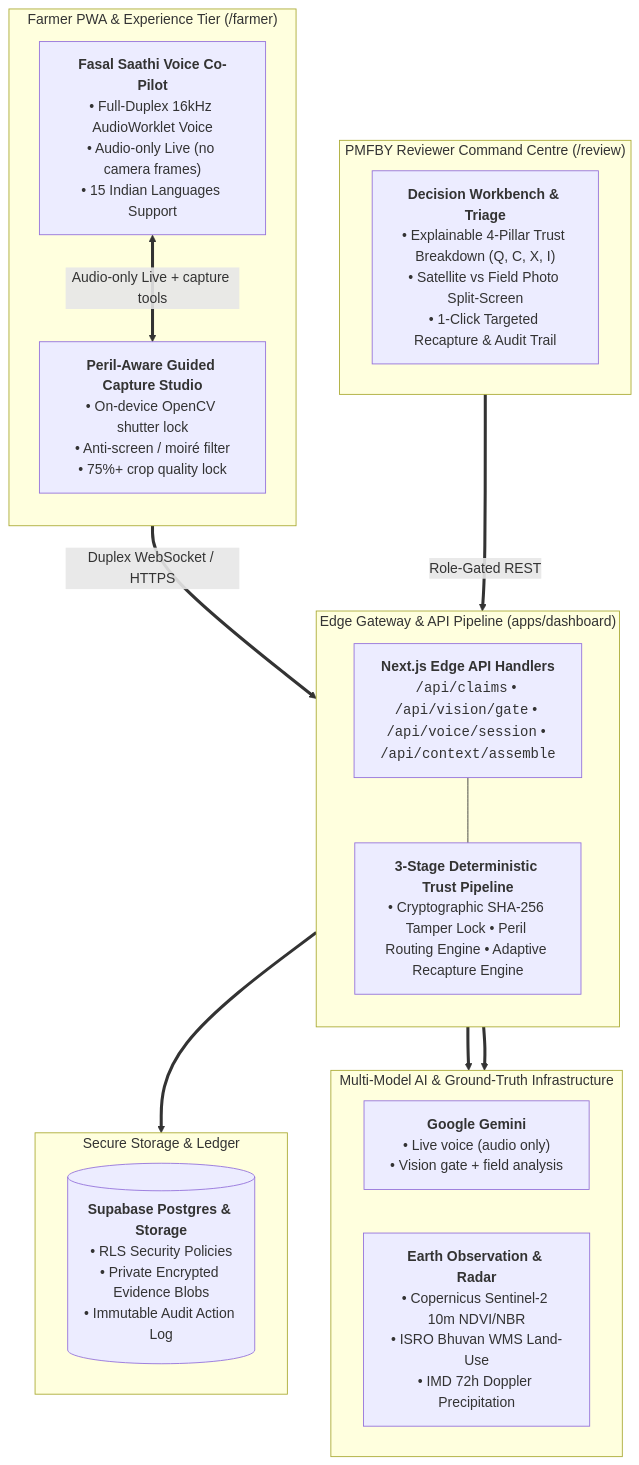
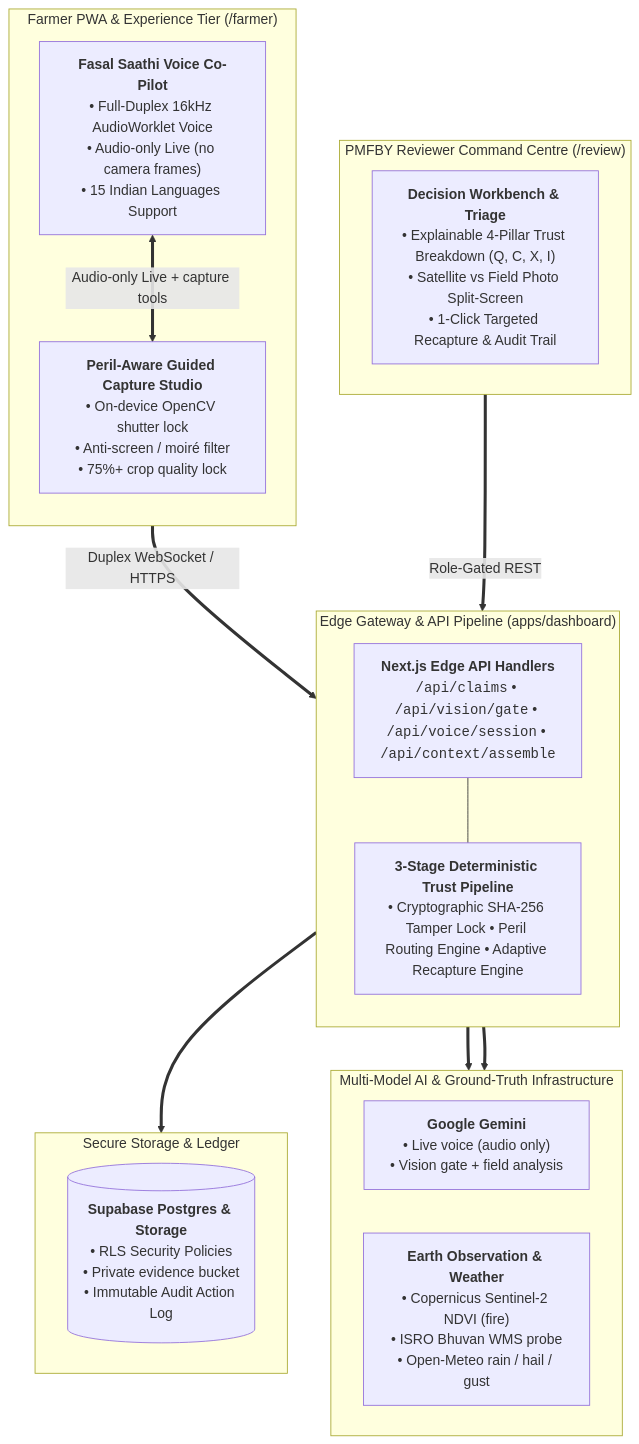
One commit to dhrrishitvdeka/Fasal-Pramaan changed the diagram in README.md. Above: the diagram before and after it, drawn with Mermaid. The commit also changed other lines of this file and 9 other files, not shown here.

````diff
--- a/README.md
+++ b/README.md
@@ -35,42 +35,42 @@
 ```mermaid
 flowchart TB
   %% Client / Browser Tier
   subgraph T_CLIENT["Farmer PWA & Experience Tier (/farmer)"]
     direction TB
     F_SAATHI["<b>Fasal Saathi Voice Co-Pilot</b><br/>• Full-Duplex 16kHz AudioWorklet Voice<br/>• Audio-only Live (no camera frames)<br/>• 15 Indian Languages Support"]
     F_CAPTURE["<b>Peril-Aware Guided Capture Studio</b><br/>• On-device OpenCV shutter lock<br/>• Anti-screen / moiré filter<br/>• 75%+ crop quality lock"]
     F_SAATHI <== "Audio-only Live + capture tools" ==> F_CAPTURE
   end
 
   %% Gateway & Routing Tier
   subgraph T_GATEWAY["Edge Gateway & API Pipeline (apps/dashboard)"]
     direction TB
     API_ROUTES["<b>Next.js Edge API Handlers</b><br/><code>/api/claims</code> • <code>/api/vision/gate</code> • <code>/api/voice/session</code> • <code>/api/context/assemble</code>"]
     CORE_PIPELINE["<b>3-Stage Deterministic Trust Pipeline</b><br/>• Cryptographic SHA-256 Tamper Lock • Peril Routing Engine • Adaptive Recapture Engine"]
     API_ROUTES --- CORE_PIPELINE
   end
 
   %% Multi-Model AI & External Signals Tier
   subgraph T_SERVICES["Multi-Model AI & Ground-Truth Infrastructure"]
     direction LR
     S_GEMINI["<b>Google Gemini</b><br/>• Live voice (audio only)<br/>• Vision gate + field analysis"]
-    S_SIGNALS["<b>Earth Observation & Radar</b><br/>• Copernicus Sentinel-2 10m NDVI/NBR<br/>• ISRO Bhuvan WMS Land-Use<br/>• IMD 72h Doppler Precipitation"]
+    S_SIGNALS["<b>Earth Observation & Weather</b><br/>• Copernicus Sentinel-2 NDVI (fire)<br/>• ISRO Bhuvan WMS probe<br/>• Open-Meteo rain / hail / gust"]
   end
 
   %% Reviewer Tier
   subgraph T_REVIEWER["PMFBY Reviewer Command Centre (/review)"]
     R_QUEUE["<b>Decision Workbench & Triage</b><br/>• Explainable 4-Pillar Trust Breakdown (Q, C, X, I)<br/>• Satellite vs Field Photo Split-Screen<br/>• 1-Click Targeted Recapture & Audit Trail"]
   end
 
   %% Persistence
   subgraph T_STORAGE["Secure Storage & Ledger"]
-    S_SUPABASE[("<b>Supabase Postgres & Storage</b><br/>• RLS Security Policies<br/>• Private Encrypted Evidence Blobs<br/>• Immutable Audit Action Log")]
+    S_SUPABASE[("<b>Supabase Postgres & Storage</b><br/>• RLS Security Policies<br/>• Private evidence bucket<br/>• Immutable Audit Action Log")]
   end
 
   %% Flow Connections
   T_CLIENT ==>|"Duplex WebSocket / HTTPS"| API_ROUTES
   T_REVIEWER ==>|"Role-Gated REST"| API_ROUTES
   CORE_PIPELINE ==> S_GEMINI
   CORE_PIPELINE ==> S_SIGNALS
   API_ROUTES ==> T_STORAGE
 ```
````
